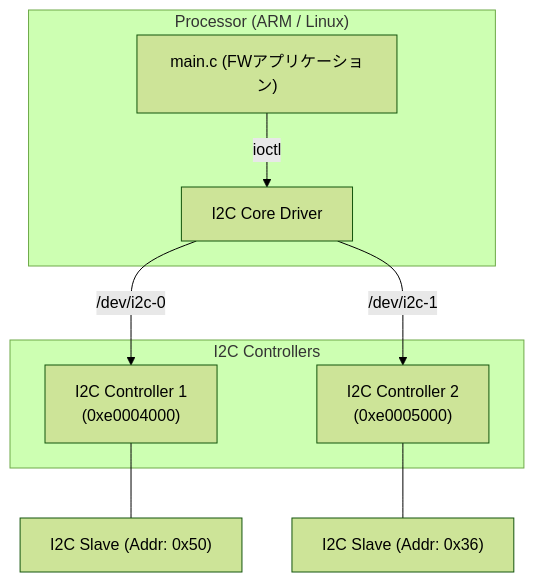
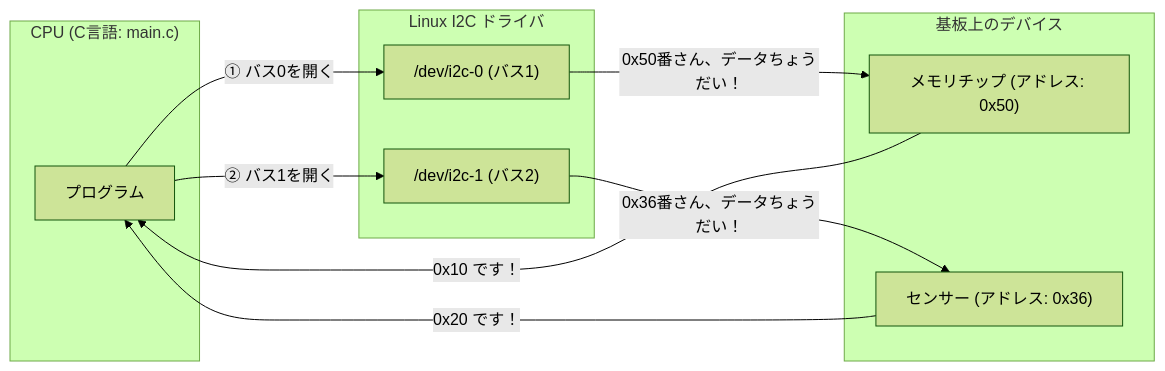
Before and after one commit to sirosiro/FPGA-BoardlessBench: the diagram in tests/scenarios/02_multi_i2c/README.md, drawn with Mermaid (forest theme). The commit also changed other lines of this file and 48 other files, not shown here.

````diff
--- a/tests/scenarios/02_multi_i2c/README.md
+++ b/tests/scenarios/02_multi_i2c/README.md
@@ -8,19 +20,24 @@
 ```mermaid
-graph TD
-    subgraph "Processor (ARM / Linux)"
-        App["main.c (FWアプリケーション)"]
-        Driver["I2C Core Driver"]
+flowchart LR
+    subgraph CPU ["CPU (C言語: main.c)"]
+        C_App["プログラム"]
     end
-    
-    subgraph "I2C Controllers"
-        I2C1["I2C Controller 1<br/>(0xe0004000)"]
-        I2C2["I2C Controller 2<br/>(0xe0005000)"]
+
+    subgraph Linux ["Linux I2C ドライバ"]
+        Bus0["/dev/i2c-0 (バス1)"]
+        Bus1["/dev/i2c-1 (バス2)"]
     end
-    
-    App -->|ioctl| Driver
-    Driver -->|/dev/i2c-0| I2C1
-    Driver -->|/dev/i2c-1| I2C2
-    
-    I2C1 --- Slave1["I2C Slave (Addr: 0x50)"]
-    I2C2 --- Slave2["I2C Slave (Addr: 0x36)"]
+
+    subgraph Devices ["基板上のデバイス"]
+        DevA["メモリチップ (アドレス: 0x50)"]
+        DevB["センサー (アドレス: 0x36)"]
+    end
+
+    C_App -->|"① バス0を開く"| Bus0
+    Bus0 -->|"0x50番さん、データちょうだい！"| DevA
+    DevA -->|"0x10 です！"| C_App
+
+    C_App -->|"② バス1を開く"| Bus1
+    Bus1 -->|"0x36番さん、データちょうだい！"| DevB
+    DevB -->|"0x20 です！"| C_App
 ```
````
